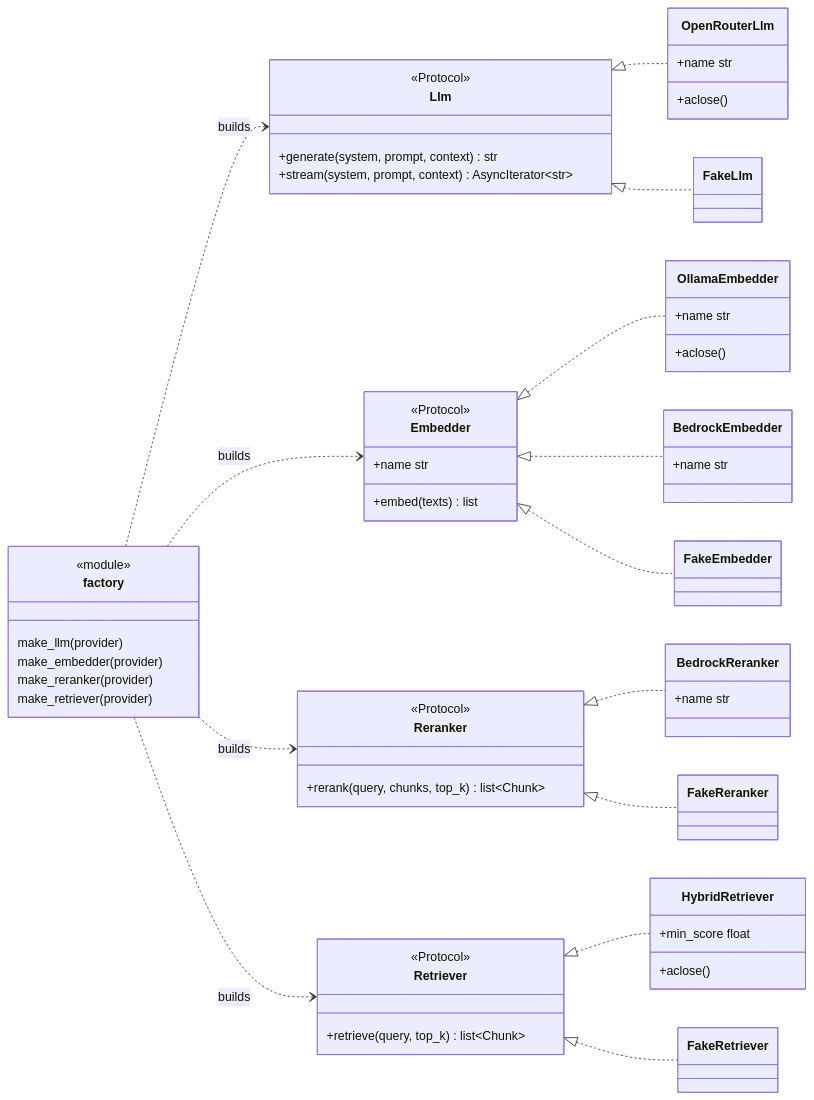
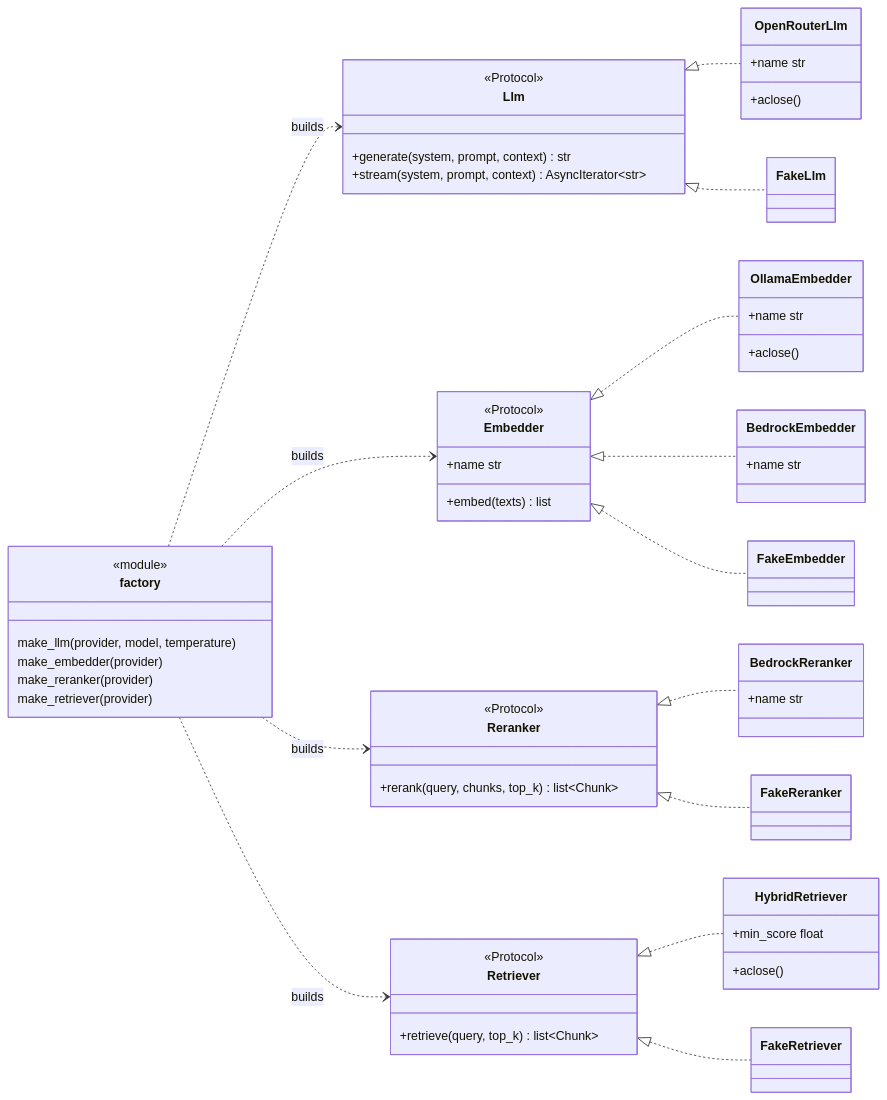
One commit to monitus2022/owl-online changed the first of 3 diagrams in docs/architecture.md. Above: the diagram before and after it, drawn with Mermaid. The commit also changed 19 other files, not shown here.

````diff
--- a/docs/architecture.md
+++ b/docs/architecture.md
@@ -37,68 +37,68 @@
 ```mermaid
 classDiagram
   direction LR
 
   class Llm {
     <<Protocol>>
     +generate(system, prompt, context) str
     +stream(system, prompt, context) AsyncIterator~str~
   }
   class Embedder {
     <<Protocol>>
     +name str
     +embed(texts) list
   }
   class Reranker {
     <<Protocol>>
     +rerank(query, chunks, top_k) list~Chunk~
   }
   class Retriever {
     <<Protocol>>
     +retrieve(query, top_k) list~Chunk~
   }
 
   class OpenRouterLlm {
     +name str
     +aclose()
   }
   class OllamaEmbedder {
     +name str
     +aclose()
   }
   class BedrockEmbedder {
     +name str
   }
   class HybridRetriever {
     +min_score float
     +aclose()
   }
   class BedrockReranker {
     +name str
   }
   class FakeLlm
   class FakeEmbedder
   class FakeReranker
   class FakeRetriever
 
   Llm <|.. OpenRouterLlm
   Llm <|.. FakeLlm
   Embedder <|.. OllamaEmbedder
   Embedder <|.. BedrockEmbedder
   Embedder <|.. FakeEmbedder
   Reranker <|.. BedrockReranker
   Reranker <|.. FakeReranker
   Retriever <|.. HybridRetriever
   Retriever <|.. FakeRetriever
 
   class factory {
     <<module>>
-    make_llm(provider)
+    make_llm(provider, model, temperature)
     make_embedder(provider)
     make_reranker(provider)
     make_retriever(provider)
   }
   factory ..> Llm : builds
   factory ..> Embedder : builds
   factory ..> Reranker : builds
   factory ..> Retriever : builds
 ```
````
